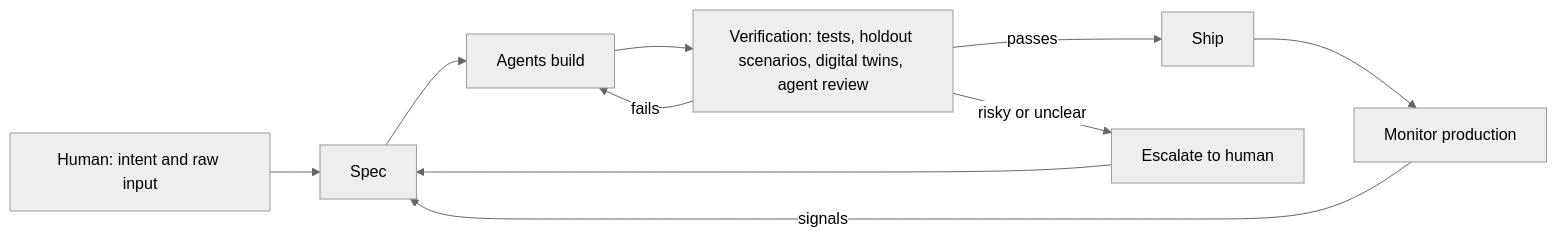
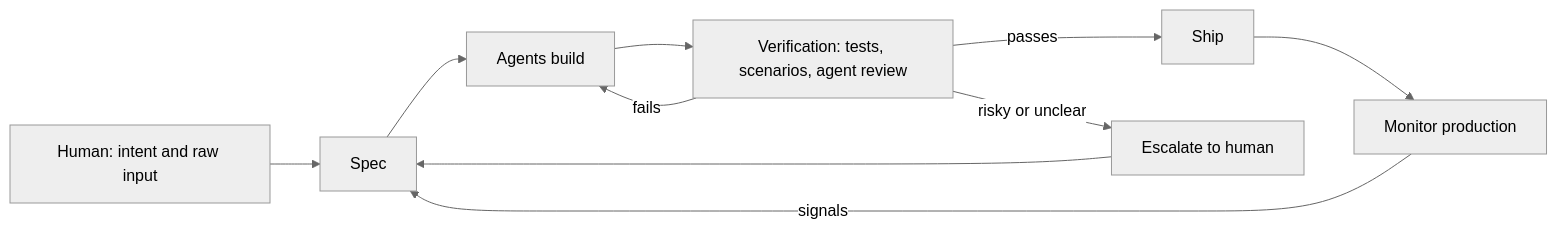
The first of 2 diagrams in articles/raw-articles/dark-software-factories.md (alexeygrigorev/telegram-writing-assistant), drawn with Mermaid (neutral theme) before and after one commit. The commit also changed other lines of this file, not shown here.

````diff
--- a/articles/raw-articles/dark-software-factories.md
+++ b/articles/raw-articles/dark-software-factories.md
@@ -95,12 +105,12 @@
 ```mermaid
 graph LR
     H[Human: intent and raw input] --> S[Spec]
     S --> B[Agents build]
-    B --> V[Verification: tests, holdout scenarios, digital twins, agent review]
+    B --> V[Verification: tests, scenarios, agent review]
     V -->|fails| B
     V -->|passes| P[Ship]
     P --> M[Monitor production]
     M -->|signals| S
     V -->|risky or unclear| E[Escalate to human]
     E --> S
 ```
````
